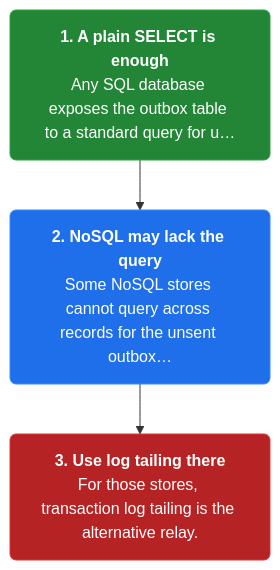
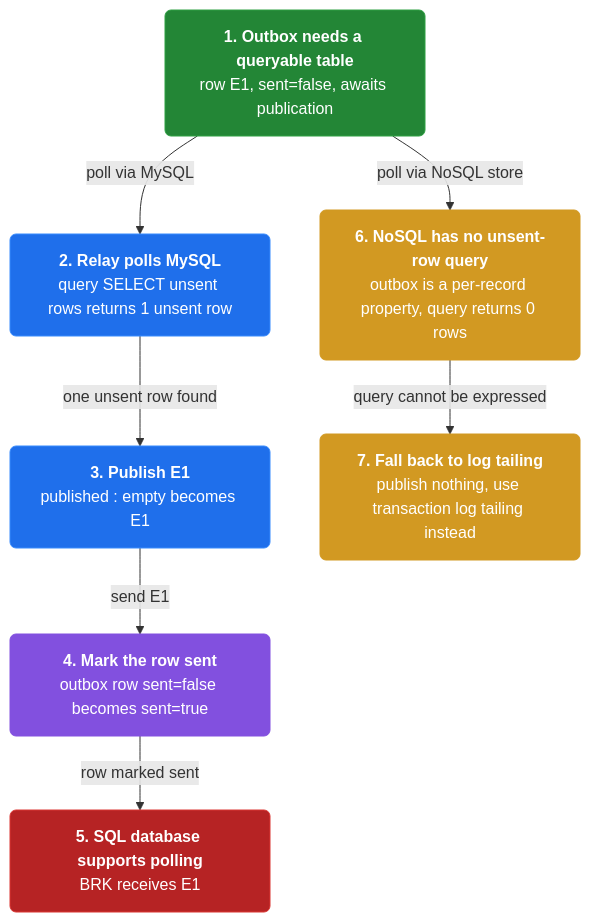
The third of 3 diagrams in docs/ch12-polling-publisher.md (vinayakuber/microservices-io-study-guide), drawn with Mermaid before and after one commit. The commit also changed other lines of this file and 46 other files, not shown here.

First line of the commit message:
Author rich branching flow diagrams for all 44 chapters

````diff
--- a/docs/ch12-polling-publisher.md
+++ b/docs/ch12-polling-publisher.md
@@ -91,11 +116,21 @@
 ```mermaid
 flowchart TD
-  classDef step fill:#1f6feb,color:#ffffff,stroke:#388bfd,stroke-width:1px,rx:6
+  classDef step fill:#1f6feb,color:#ffffff,stroke:#388bfd,rx:6
+  classDef core fill:#8250df,color:#ffffff,stroke:#8250df,rx:6
+  classDef warn fill:#d29922,color:#ffffff,stroke:#d29922,rx:6
   classDef start fill:#238636,color:#ffffff,stroke:#2ea043,rx:6
   classDef stop fill:#b62324,color:#ffffff,stroke:#da3633,rx:6
-  s2n0["<b>1. A plain SELECT is enough</b><br/>Any SQL database exposes the outbox table to a standard query for u…"]:::start
-  s2n1["<b>2. NoSQL may lack the query</b><br/>Some NoSQL stores cannot query across records for the unsent outbox…"]:::step
-  s2n2["<b>3. Use log tailing there</b><br/>For those stores, transaction log tailing is the alternative relay."]:::stop
-  s2n0 --> s2n1
-  s2n1 --> s2n2
+  n0["<b>1. Outbox needs a queryable table</b><br/>row E1, sent=false, awaits publication"]:::start
+  n1["<b>2. Relay polls MySQL</b><br/>query SELECT unsent rows returns 1 unsent row"]:::step
+  n2["<b>3. Publish E1</b><br/>published : empty becomes E1"]:::step
+  n3["<b>4. Mark the row sent</b><br/>outbox row sent=false becomes sent=true"]:::core
+  n4["<b>5. SQL database supports polling</b><br/>BRK receives E1"]:::stop
+  n5["<b>6. NoSQL has no unsent-row query</b><br/>outbox is a per-record property, query returns 0 rows"]:::warn
+  n6["<b>7. Fall back to log tailing</b><br/>publish nothing, use transaction log tailing instead"]:::warn
+  n0 -->|"poll via MySQL"| n1
+  n0 -->|"poll via NoSQL store"| n5
+  n1 -->|"one unsent row found"| n2
+  n2 -->|"send E1"| n3
+  n3 -->|"row marked sent"| n4
+  n5 -->|"query cannot be expressed"| n6
 ```
````
